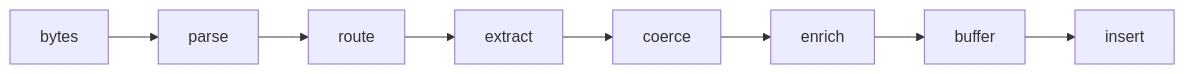
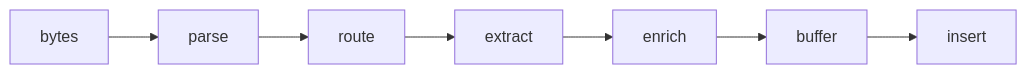
Before and after one commit to hyperi-io/dfe-loader: the diagram in docs/pipeline/README.md, drawn with Mermaid. The commit also changed other lines of this file and 19 other files, not shown here.

````diff
--- a/docs/pipeline/README.md
+++ b/docs/pipeline/README.md
@@ -16,5 +16,5 @@
 ```mermaid
 flowchart LR
     M["bytes"] --> P["parse"] --> R["route"] --> X["extract"]
-    X --> C["coerce"] --> E["enrich"] --> B["buffer"] --> I["insert"]
+    X --> E["enrich"] --> B["buffer"] --> I["insert"]
 ```
````
